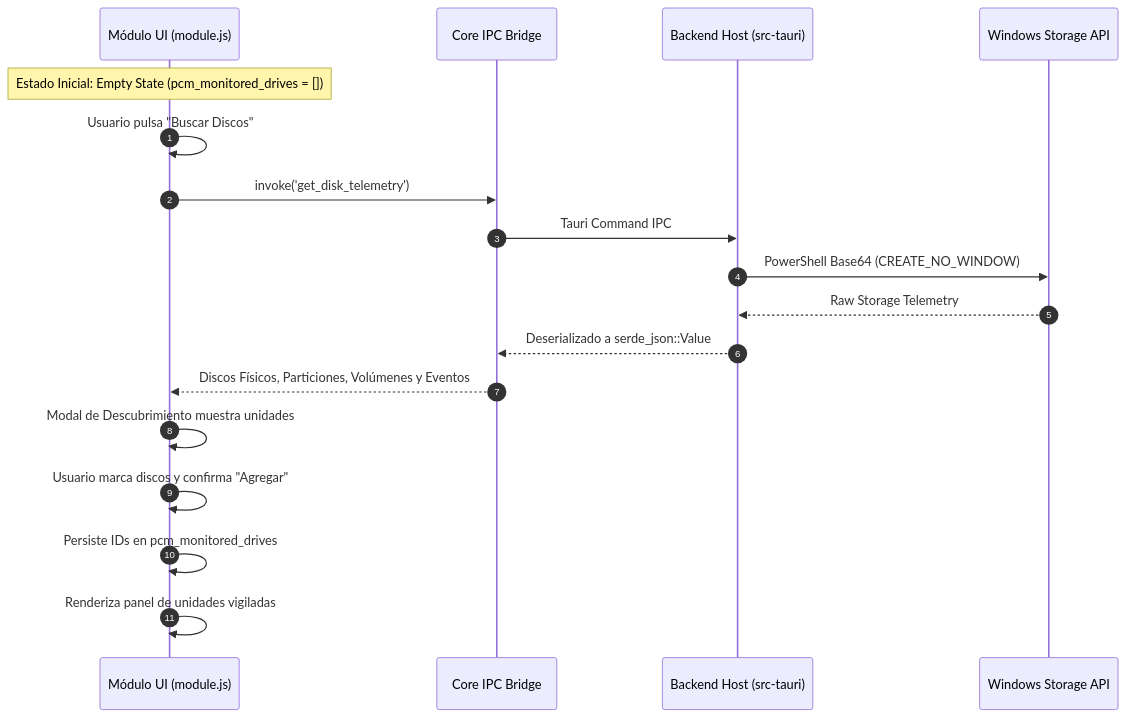
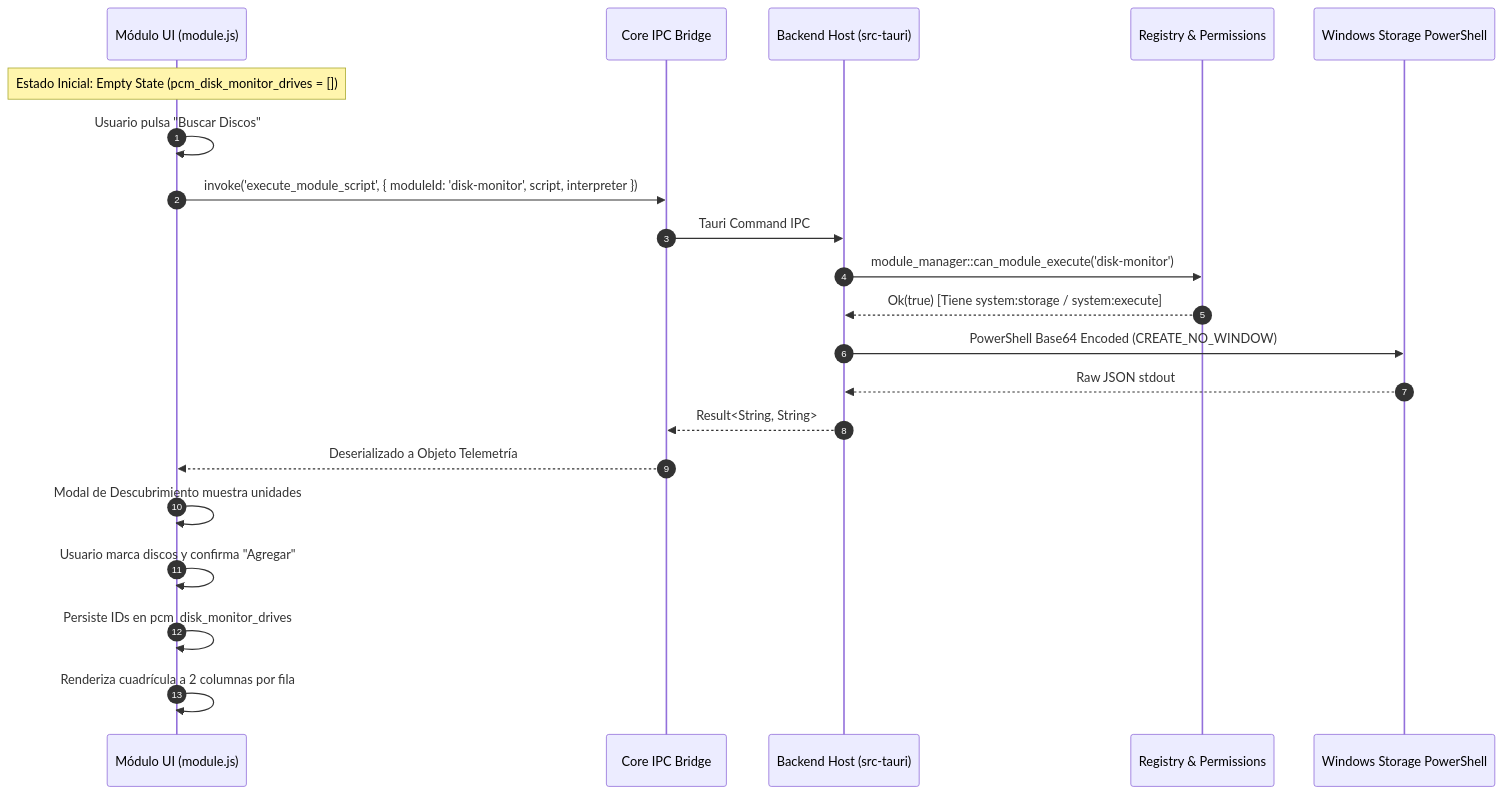
One commit to agusavila/pc_manager changed the diagram in docs/developer/disk-monitor.md. Above: the diagram before and after it, drawn with Mermaid. The commit also changed other lines of this file and 31 other files, not shown here.

Commit message:
fix(telemetry): resolver telemetria zero-admin con servicio windows, corregir salud hdd, reactividad usb y firma widgets (BUG-029)

````diff
--- a/docs/developer/disk-monitor.md
+++ b/docs/developer/disk-monitor.md
@@ -11,21 +11,24 @@
 ```mermaid
 sequenceDiagram
     autonumber
     participant UI as Módulo UI (module.js)
     participant Core as Core IPC Bridge
     participant Rust as Backend Host (src-tauri)
-    participant Storage as Windows Storage API
+    participant Perms as Registry & Permissions
+    participant Storage as Windows Storage PowerShell
 
-    Note over UI: Estado Inicial: Empty State (pcm_monitored_drives = [])
+    Note over UI: Estado Inicial: Empty State (pcm_disk_monitor_drives = [])
     UI->>UI: Usuario pulsa "Buscar Discos"
-    UI->>Core: invoke('get_disk_telemetry')
+    UI->>Core: invoke('execute_module_script', { moduleId: 'disk-monitor', script, interpreter })
     Core->>Rust: Tauri Command IPC
-    Rust->>Storage: PowerShell Base64 (CREATE_NO_WINDOW)
-    Storage-->>Rust: Raw Storage Telemetry
-    Rust-->>Core: Deserializado a serde_json::Value
-    Core-->>UI: Discos Físicos, Particiones, Volúmenes y Eventos
+    Rust->>Perms: module_manager::can_module_execute('disk-monitor')
+    Perms-->>Rust: Ok(true) [Tiene system:storage / system:execute]
+    Rust->>Storage: PowerShell Base64 Encoded (CREATE_NO_WINDOW)
+    Storage-->>Rust: Raw JSON stdout
+    Rust-->>Core: Result<String, String>
+    Core-->>UI: Deserializado a Objeto Telemetría
     UI->>UI: Modal de Descubrimiento muestra unidades
     UI->>UI: Usuario marca discos y confirma "Agregar"
-    UI->>UI: Persiste IDs en pcm_monitored_drives
-    UI->>UI: Renderiza panel de unidades vigiladas
+    UI->>UI: Persiste IDs en pcm_disk_monitor_drives
+    UI->>UI: Renderiza cuadrícula a 2 columnas por fila
 ```
````
